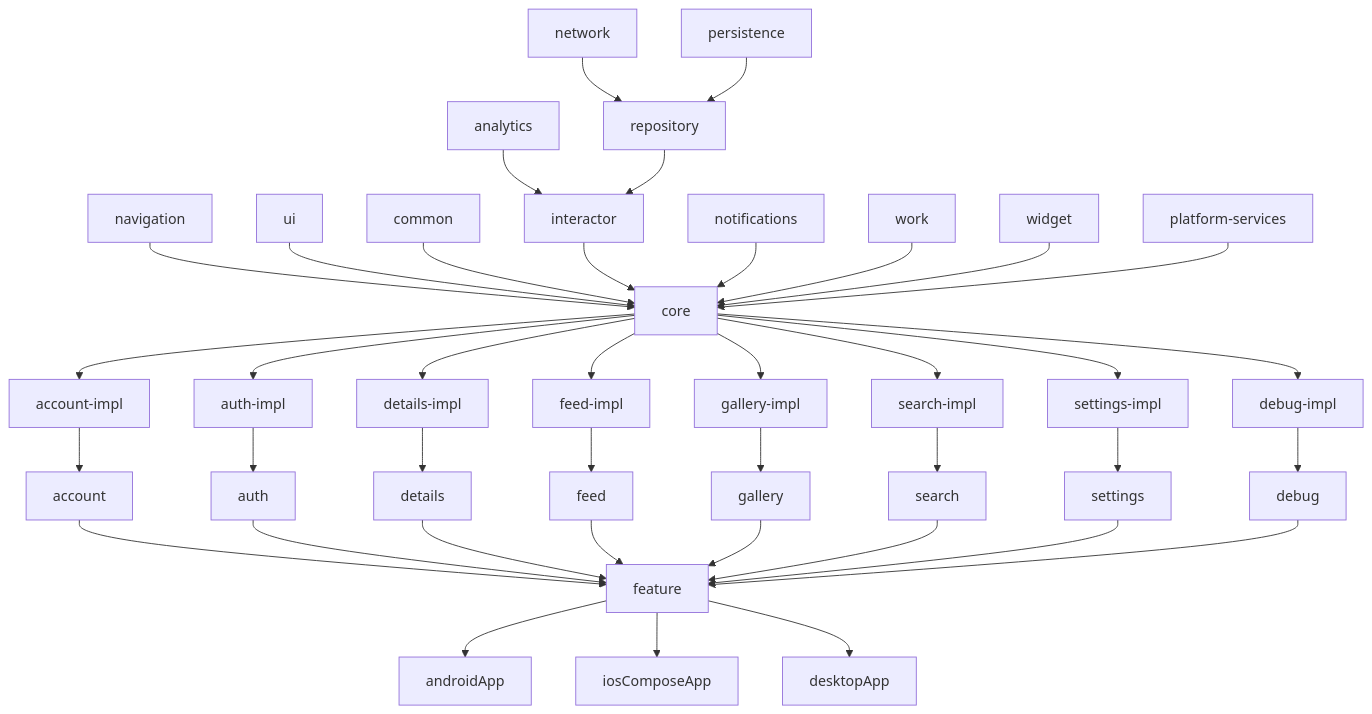
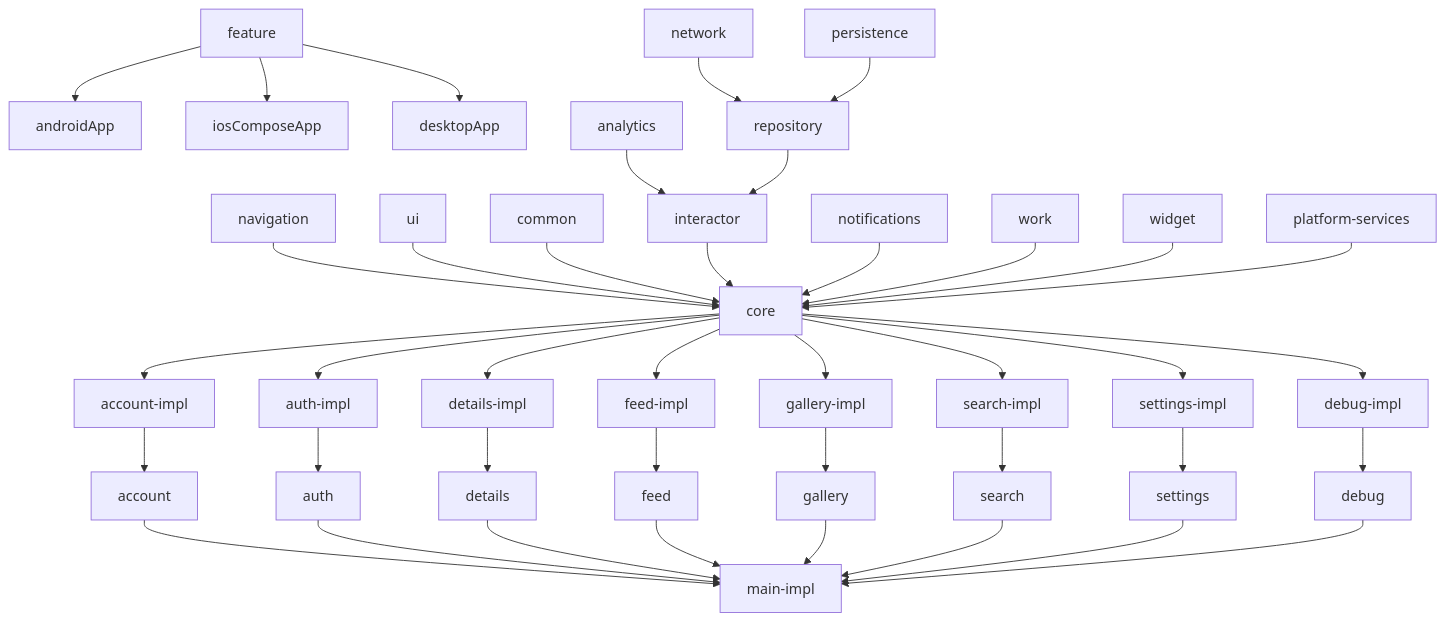
The diagram in readme.md (michaelbel/movies), drawn with Mermaid before and after one commit. The commit also changed 1 other file, not shown here.

Commit message:
Update project

````diff
--- a/readme.md
+++ b/readme.md
@@ -202,48 +202,48 @@
 ```mermaid
 graph TD;
     feature-->androidApp
     feature-->iosComposeApp
     feature-->desktopApp
 
-    account-->feature
-    auth-->feature
-    details-->feature
-    feed-->feature
-    gallery-->feature
-    search-->feature
-    settings-->feature
-    debug-->feature
+    account-->main-impl
+    auth-->main-impl
+    details-->main-impl
+    feed-->main-impl
+    gallery-->main-impl
+    search-->main-impl
+    settings-->main-impl
+    debug-->main-impl
 
     account-impl-->account
     auth-impl-->auth
     details-impl-->details
     feed-impl-->feed
     gallery-impl-->gallery
     search-impl-->search
     settings-impl-->settings
     debug-impl-->debug
 
     core-->account-impl
     core-->auth-impl
     core-->details-impl
     core-->feed-impl
     core-->gallery-impl
     core-->search-impl
     core-->settings-impl
     core-->debug-impl
 
     navigation-->core
     ui-->core
     common-->core
     interactor-->core
     notifications-->core
     work-->core
     widget-->core
     platform-services-->core
 
     analytics-->interactor
     repository-->interactor
 
     network-->repository
     persistence-->repository
 ```
````
